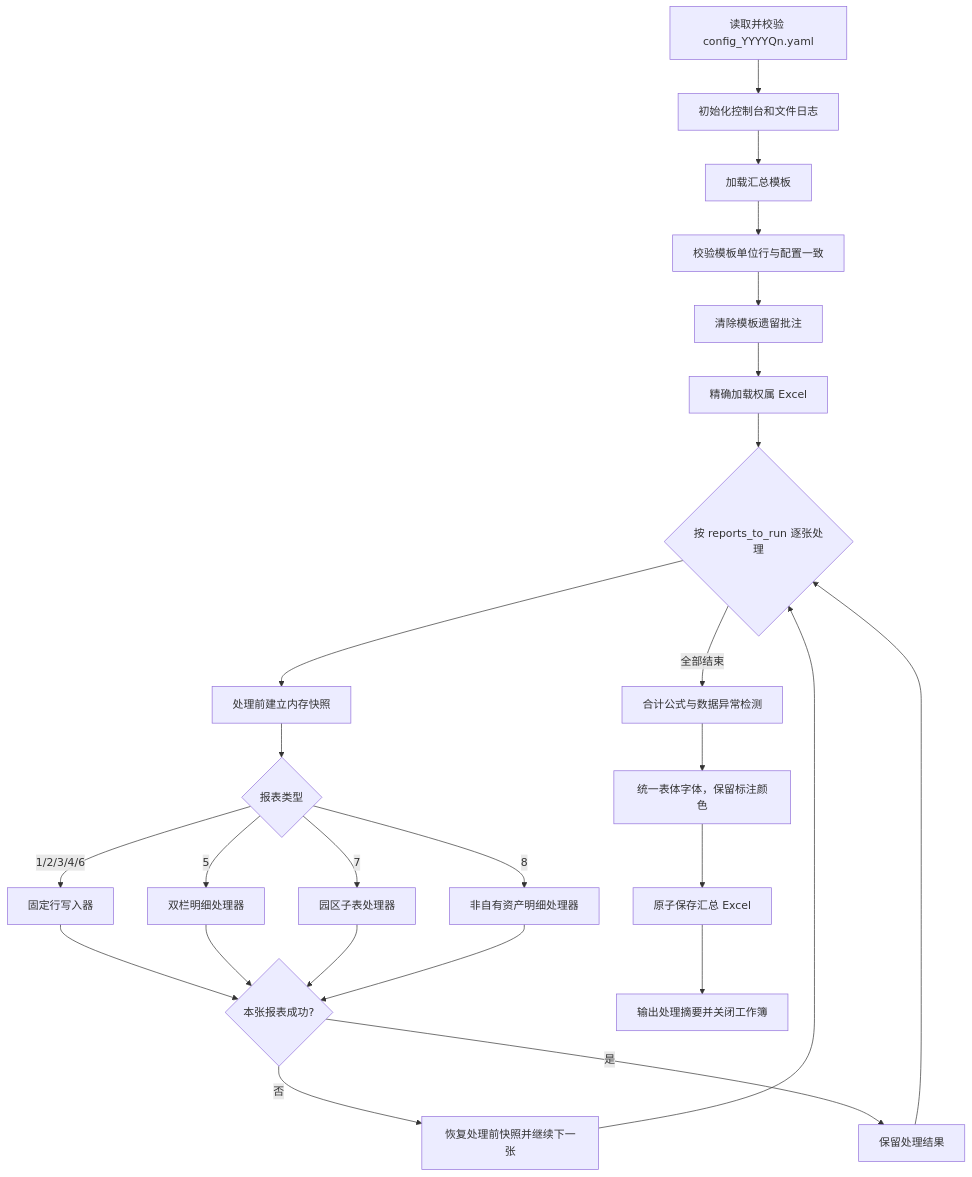
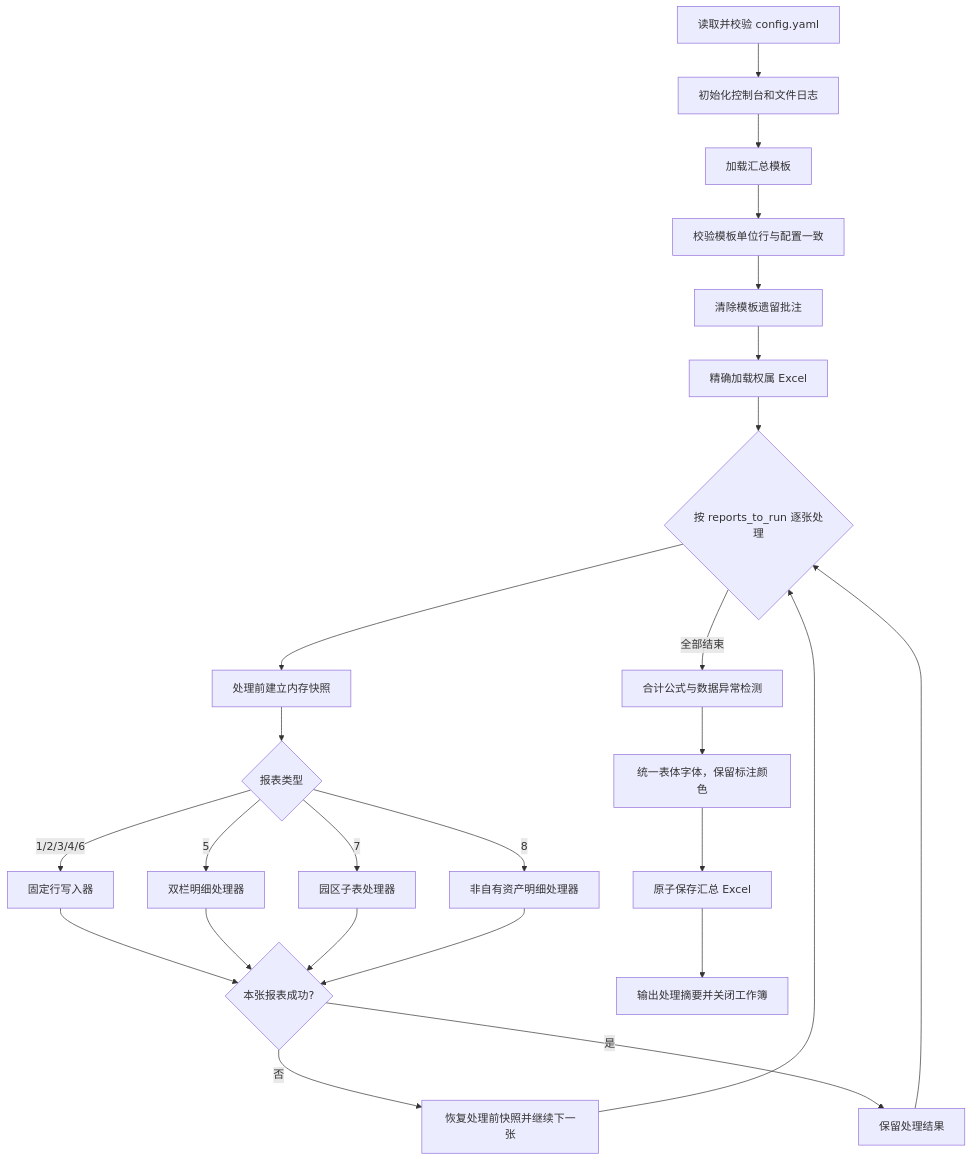
One commit to zejunwu12/eco-analysis-automation changed the diagram in README.md. Above: the diagram before and after it, drawn with Mermaid. The commit also changed other lines of this file and 12 other files, not shown here.

````diff
--- a/README.md
+++ b/README.md
@@ -76,27 +107,27 @@
 ```mermaid
 flowchart TD
-    A[读取并校验 config_YYYYQn.yaml] --> B[初始化控制台和文件日志]
+    A[读取并校验 config.yaml] --> B[初始化控制台和文件日志]
     B --> C[加载汇总模板]
     C --> D[校验模板单位行与配置一致]
     D --> E[清除模板遗留批注]
     E --> F[精确加载权属 Excel]
     F --> G{按 reports_to_run 逐张处理}
     G --> H[处理前建立内存快照]
     H --> I{报表类型}
     I -->|1/2/3/4/6| J[固定行写入器]
     I -->|5| K[双栏明细处理器]
     I -->|7| L[园区子表处理器]
     I -->|8| M[非自有资产明细处理器]
     J --> N{本张报表成功?}
     K --> N
     L --> N
     M --> N
     N -->|否| O[恢复处理前快照并继续下一张]
     N -->|是| P[保留处理结果]
     O --> G
     P --> G
     G -->|全部结束| Q[合计公式与数据异常检测]
     Q --> T[统一表体字体，保留标注颜色]
     T --> R[原子保存汇总 Excel]
     R --> S[输出处理摘要并关闭工作簿]
 ```
````
